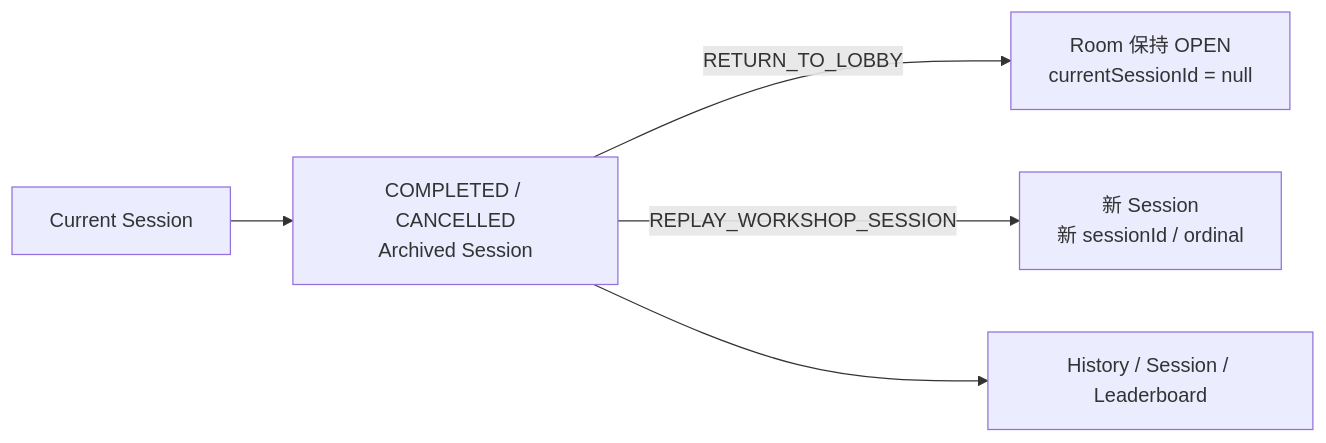
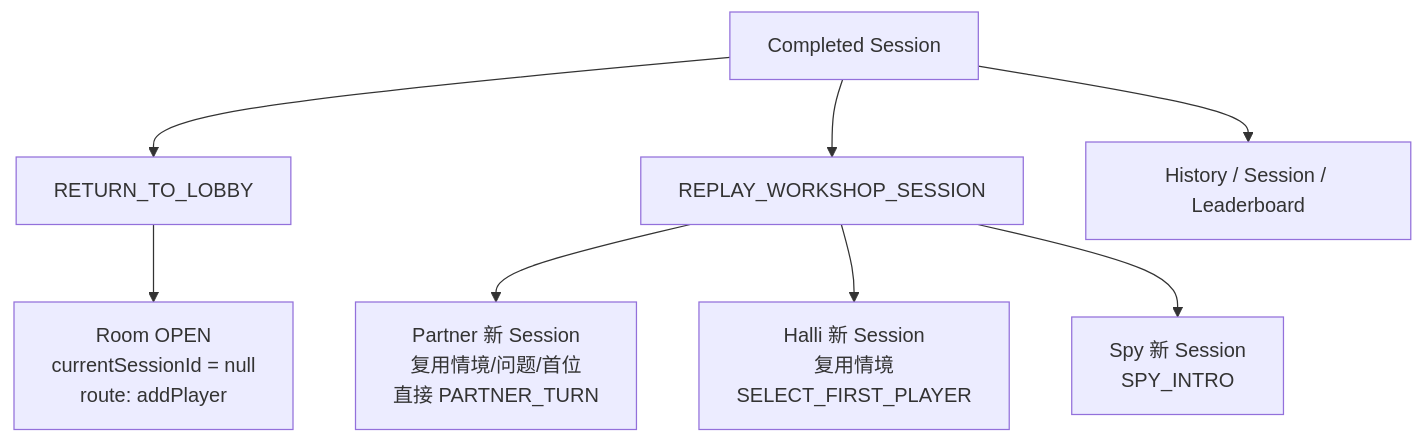
Diagram 15 of 17 in docs/ROOM_BUSINESS_FLOWS.md (Bubble-419/cardboard-miniprogram), drawn with Mermaid before and after one commit. The commit also changed other lines of this file and 25 other files, not shown here.

Commit message:
fix: align v3 routes with business flows

````diff
--- a/docs/ROOM_BUSINESS_FLOWS.md
+++ b/docs/ROOM_BUSINESS_FLOWS.md
@@ -303,13 +465,18 @@
 ```mermaid
-flowchart LR
-  RUN[Current Session]
-  DONE[COMPLETED / CANCELLED<br/>Archived Session]
-  LOBBY[Room 保持 OPEN<br/>currentSessionId = null]
-  REPLAY[新 Session<br/>新 sessionId / ordinal]
+flowchart TD
+  DONE[Completed Session]
+  RETURN[RETURN_TO_LOBBY]
+  REPLAY[REPLAY_WORKSHOP_SESSION]
+  LOBBY[Room OPEN<br/>currentSessionId = null<br/>route: addPlayer]
+  P[Partner 新 Session<br/>复用情境/问题/首位<br/>直接 PARTNER_TURN]
+  H[Halli 新 Session<br/>复用情境<br/>SELECT_FIRST_PLAYER]
+  S[Spy 新 Session<br/>SPY_INTRO]
   HISTORY[History / Session / Leaderboard]
 
-  RUN --> DONE
-  DONE -->|RETURN_TO_LOBBY| LOBBY
-  DONE -->|REPLAY_WORKSHOP_SESSION| REPLAY
+  DONE --> RETURN --> LOBBY
+  DONE --> REPLAY
+  REPLAY --> P
+  REPLAY --> H
+  REPLAY --> S
   DONE --> HISTORY
 ```
````
